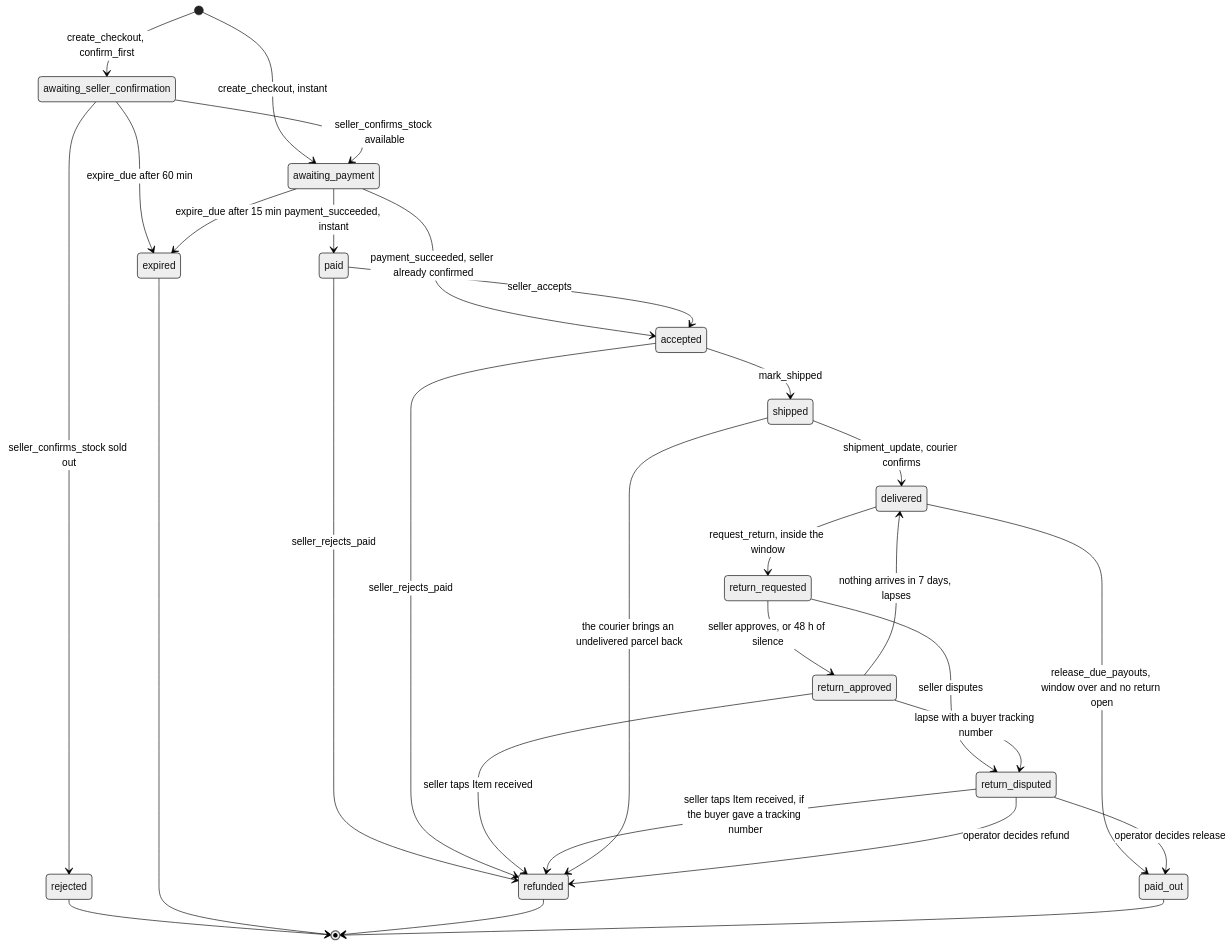
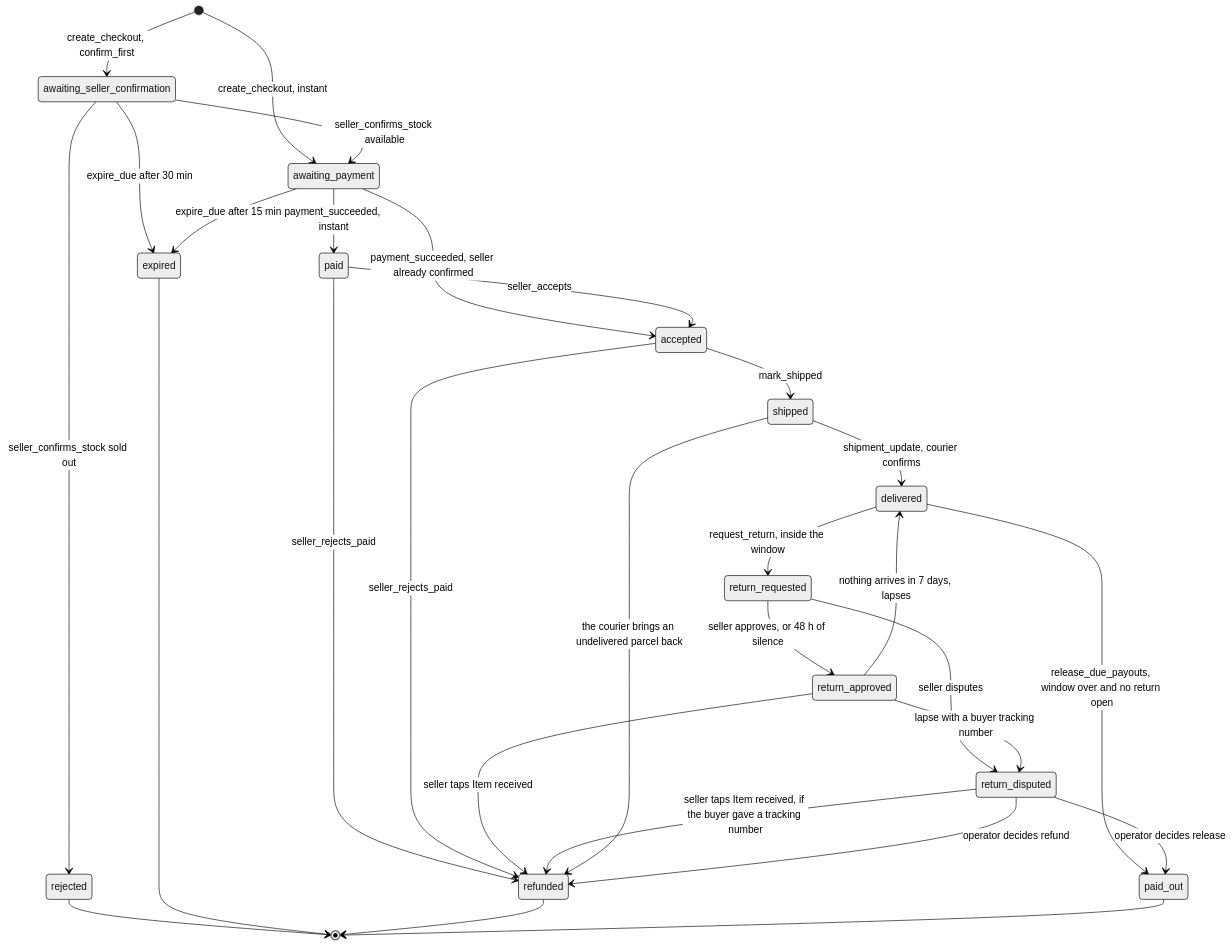
The second of 3 diagrams in learn/architecture/checkout-and-orders.md (galihsatriawan/etalase), drawn with Mermaid (neutral theme) before and after one commit. The commit also changed other lines of this file and 9 other files, not shown here.

````diff
--- a/learn/architecture/checkout-and-orders.md
+++ b/learn/architecture/checkout-and-orders.md
@@ -63,31 +63,31 @@
 ```mermaid
 stateDiagram-v2
   [*] --> awaiting_seller_confirmation: create_checkout, confirm_first
   [*] --> awaiting_payment: create_checkout, instant
   awaiting_seller_confirmation --> awaiting_payment: seller_confirms_stock available
   awaiting_seller_confirmation --> rejected: seller_confirms_stock sold out
-  awaiting_seller_confirmation --> expired: expire_due after 60 min
+  awaiting_seller_confirmation --> expired: expire_due after 30 min
   awaiting_payment --> paid: payment_succeeded, instant
   awaiting_payment --> accepted: payment_succeeded, seller already confirmed
   awaiting_payment --> expired: expire_due after 15 min
   paid --> accepted: seller_accepts
   paid --> refunded: seller_rejects_paid
   accepted --> refunded: seller_rejects_paid
   accepted --> shipped: mark_shipped
   shipped --> delivered: shipment_update, courier confirms
   delivered --> paid_out: release_due_payouts, window over and no return open
   delivered --> return_requested: request_return, inside the window
   return_requested --> return_approved: seller approves, or 48 h of silence
   return_requested --> return_disputed: seller disputes
   return_approved --> refunded: seller taps Item received
   return_disputed --> refunded: seller taps Item received, if the buyer gave a tracking number
   shipped --> refunded: the courier brings an undelivered parcel back
   return_approved --> delivered: nothing arrives in 7 days, lapses
   return_approved --> return_disputed: lapse with a buyer tracking number
   return_disputed --> refunded: operator decides refund
   return_disputed --> paid_out: operator decides release
   rejected --> [*]
   expired --> [*]
   refunded --> [*]
   paid_out --> [*]
 ```
````
